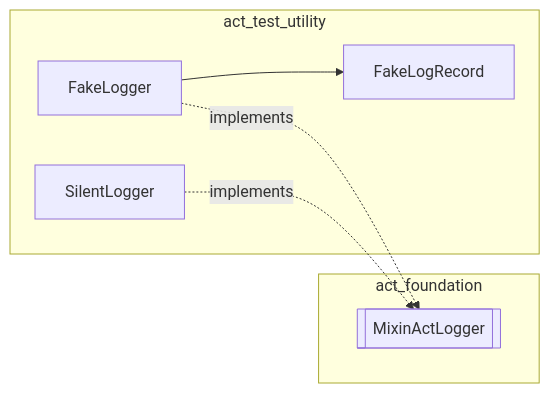
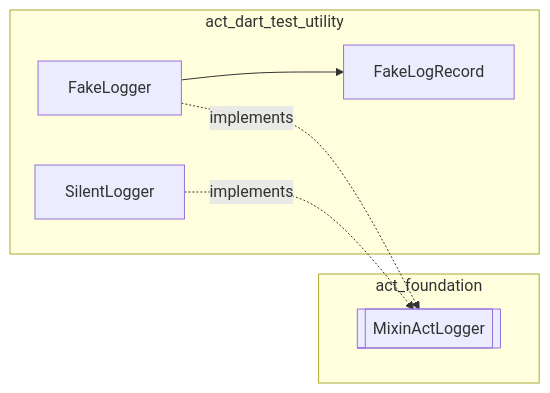
Before and after one commit to All-Circuits-Technologies/ACT-Flutter-Packages: the diagram in act_test_utility/README.md, drawn with Mermaid. The commit also changed other lines of this file and 405 other files, not shown here.

````diff
--- a/act_test_utility/README.md
+++ b/act_test_utility/README.md
@@ -67,14 +73,14 @@
 ```mermaid
 flowchart LR
     subgraph act_foundation
         MixinActLogger[["MixinActLogger"]]
     end
 
-    subgraph act_test_utility
+    subgraph act_dart_test_utility
         FakeLogger --> FakeLogRecord
         SilentLogger
     end
 
     FakeLogger -.implements.-> MixinActLogger
     SilentLogger -.implements.-> MixinActLogger
 ```
````
